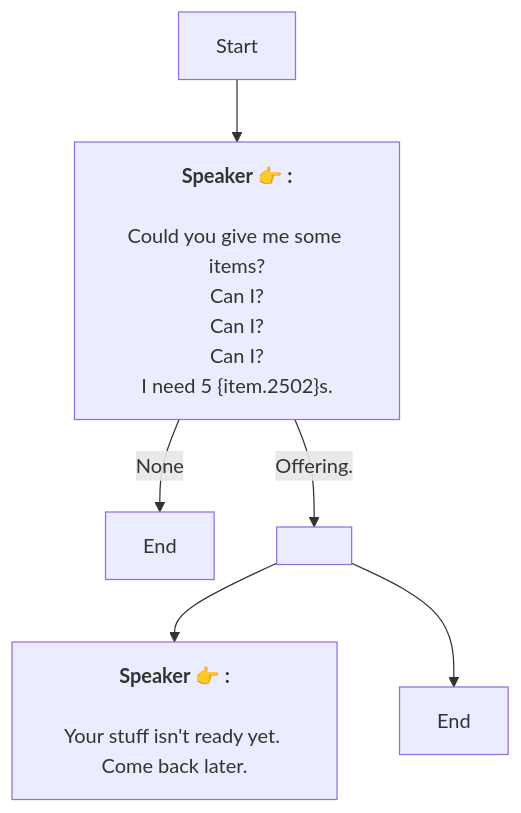
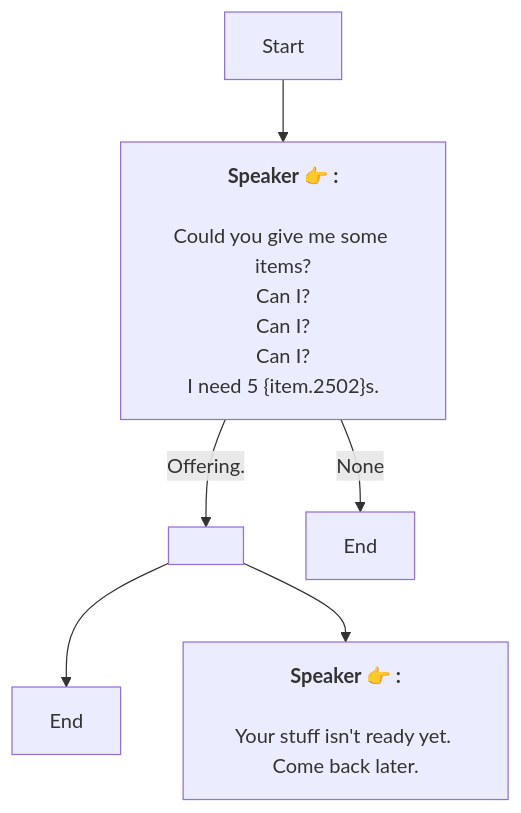
The diagram in En/Altar.md (SoftHu/tos_avg), drawn with Mermaid before and after one commit. The commit also changed other lines of this file and 780 other files, not shown here.

````diff
--- a/En/Altar.md
+++ b/En/Altar.md
@@ -1,11 +1,11 @@
 ```mermaid
 graph
 Start -->1747217079082489[<b>Speaker 👉 :</b>
 \nCould you give me some items?\nCan I?\nCan I?\nCan I?\nI need 5 &lbrace;item.2502&rbrace;s.]
+1747217079082489 -->|Offering.|1747217426350592[ ]
 1747217079082489 -->|None|1747217418224127[End]
-1747217079082489 -->|Offering.|1747217426350592[ ]
+1747217426350592 -->1747217504330242[End]
 1747217426350592 -->1747217442807297[<b>Speaker 👉 :</b>
 \nYour stuff isn't ready yet. Come back later.]
-1747217426350592 -->1747217504330242[End]
 
 ```
````
